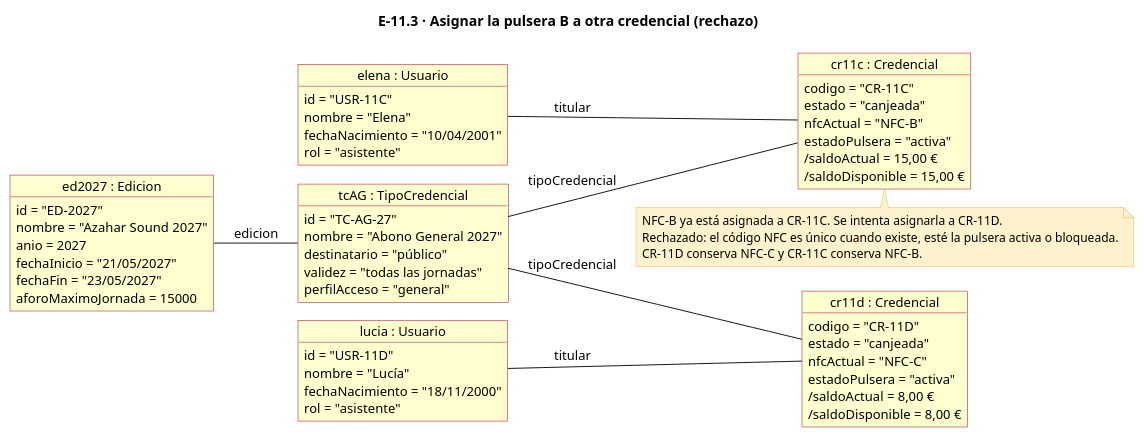
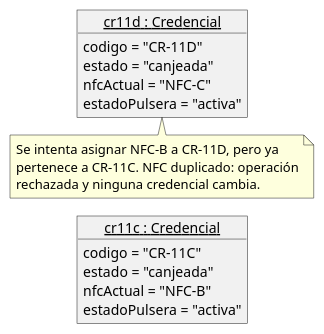
Before and after one commit to Antmungar2/proyecto-curso-iissi1-2026-antmungar2: the diagram in docs/diagramas/escenarios/e11-3.puml, drawn with PlantUML. The commit also changed 30 other files, not shown here.

Commit message:
E2: simplificar diagramas de R.N.10 y R.N.11 al estilo de Darya

```diff
--- a/docs/diagramas/escenarios/e11-3.puml
+++ b/docs/diagramas/escenarios/e11-3.puml
@@ -1,77 +1,40 @@
 @startuml
 !pragma layout smetana
-title E-11.3 · Asignar la pulsera B a otra credencial (rechazo)
 hide empty members
-left to right direction
 skinparam backgroundColor #FFFFFF
+skinparam shadowing false
 skinparam defaultFontName Helvetica
-skinparam defaultFontSize 13
+skinparam defaultFontSize 14
 skinparam object {
-  BackgroundColor #FEFECE
-  BorderColor #A80036
+  BackgroundColor #F1F1F1
+  BorderColor #181818
+  FontSize 14
+}
+skinparam note {
+  BackgroundColor #FEFFDD
+  BorderColor #181818
   FontSize 13
 }
-skinparam note {
-  BackgroundColor #FFF2CC
-  BorderColor #D6B656
-  FontSize 12
-}
 skinparam nodesep 30
-skinparam ranksep 30
+skinparam ranksep 35
+left to right direction
 
-object "ed2027 : Edicion" as ed2027 {
-  id = "ED-2027"
-  nombre = "Azahar Sound 2027"
-  anio = 2027
-  fechaInicio = "21/05/2027"
-  fechaFin = "23/05/2027"
-  aforoMaximoJornada = 15000
-}
-object "tcAG : TipoCredencial" as tcAG {
-  id = "TC-AG-27"
-  nombre = "Abono General 2027"
-  destinatario = "público"
-  validez = "todas las jornadas"
-  perfilAcceso = "general"
-}
-object "elena : Usuario" as elena {
-  id = "USR-11C"
-  nombre = "Elena"
-  fechaNacimiento = "10/04/2001"
-  rol = "asistente"
-}
-object "cr11c : Credencial" as cr11c {
+object "<u>cr11c : Credencial</u>" as cr11c {
   codigo = "CR-11C"
   estado = "canjeada"
   nfcActual = "NFC-B"
   estadoPulsera = "activa"
-  /saldoActual = 15,00 €
-  /saldoDisponible = 15,00 €
 }
-object "lucia : Usuario" as lucia {
-  id = "USR-11D"
-  nombre = "Lucía"
-  fechaNacimiento = "18/11/2000"
-  rol = "asistente"
-}
-object "cr11d : Credencial" as cr11d {
+object "<u>cr11d : Credencial</u>" as cr11d {
   codigo = "CR-11D"
   estado = "canjeada"
   nfcActual = "NFC-C"
   estadoPulsera = "activa"
-  /saldoActual = 8,00 €
-  /saldoDisponible = 8,00 €
 }
 
-ed2027 -- tcAG : edicion
-tcAG -- cr11c : tipoCredencial
-tcAG -- cr11d : tipoCredencial
-elena -- cr11c : titular
-lucia -- cr11d : titular
-
-note bottom of cr11c
-NFC-B ya está asignada a CR-11C. Se intenta asignarla a CR-11D.
-Rechazado: el código NFC es único cuando existe, esté la pulsera activa o bloqueada.
-CR-11D conserva NFC-C y CR-11C conserva NFC-B.
+note bottom of cr11d
+Se intenta asignar NFC-B a CR-11D, pero ya
+pertenece a CR-11C. NFC duplicado: operación
+rechazada y ninguna credencial cambia.
 end note
 @enduml
```
